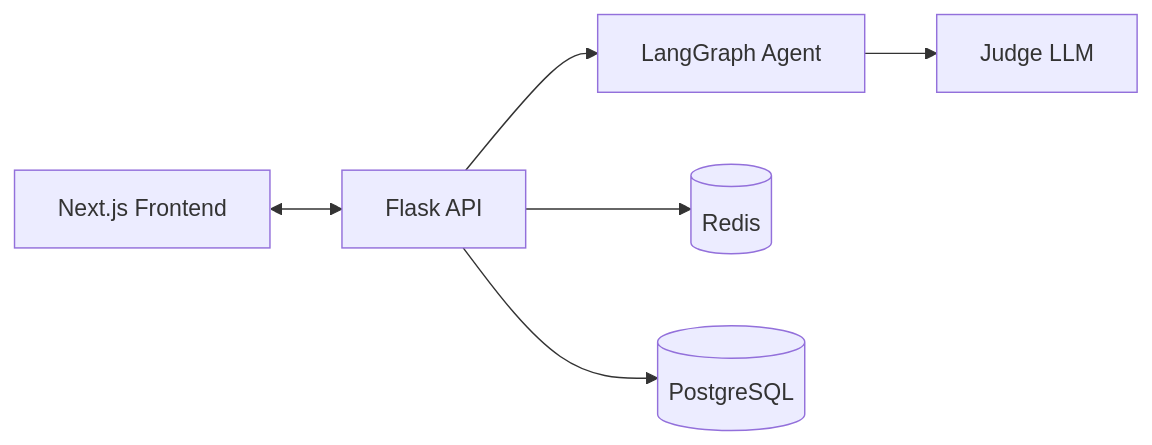
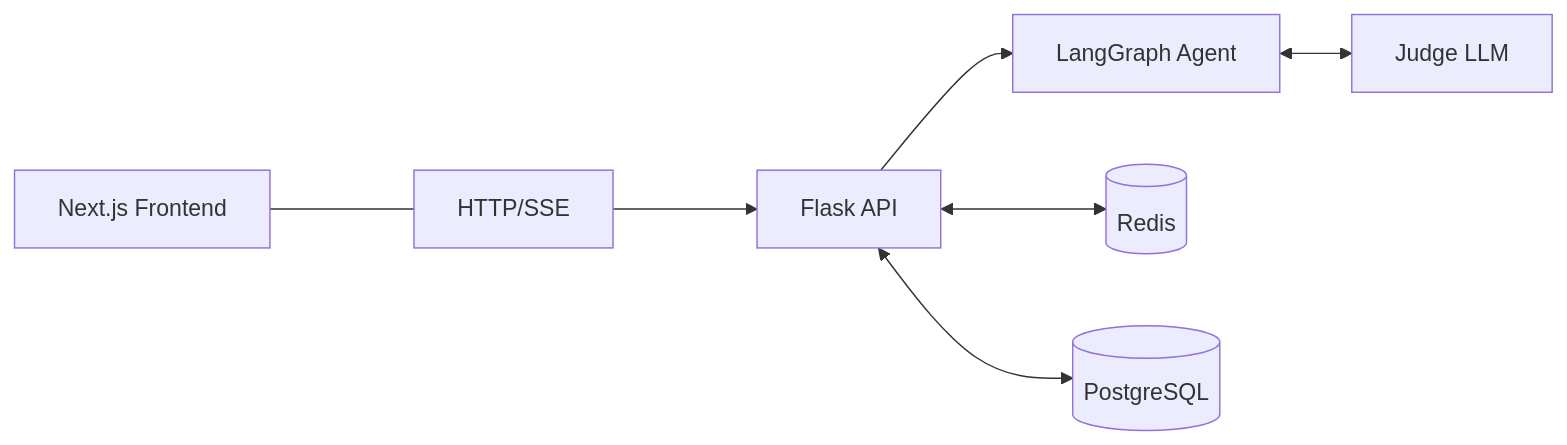
The first of 3 diagrams in README.md (rabebe/ai-chatbot), drawn with Mermaid before and after one commit. The commit also changed other lines of this file, not shown here.

Commit message:
Docs: overhaul README with architecture diagrams and setup guides

````diff
--- a/README.md
+++ b/README.md
@@ -52,15 +15,15 @@
 ```mermaid
 flowchart LR
     FE[Next.js Frontend]
     API[Flask API]
     AG[LangGraph Agent]
     J[Judge LLM]
     R[(Redis)]
     DB[(PostgreSQL)]
 
-    FE <--> API
+    FE <--- HTTP/SSE ---> API
     API --> AG
-    AG --> J
-    API --> R
-    API --> DB
+    AG <--> J
+    API <--> R
+    API <--> DB
 ```
````
